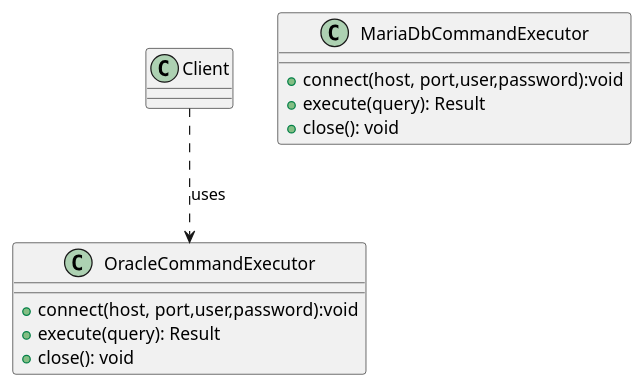
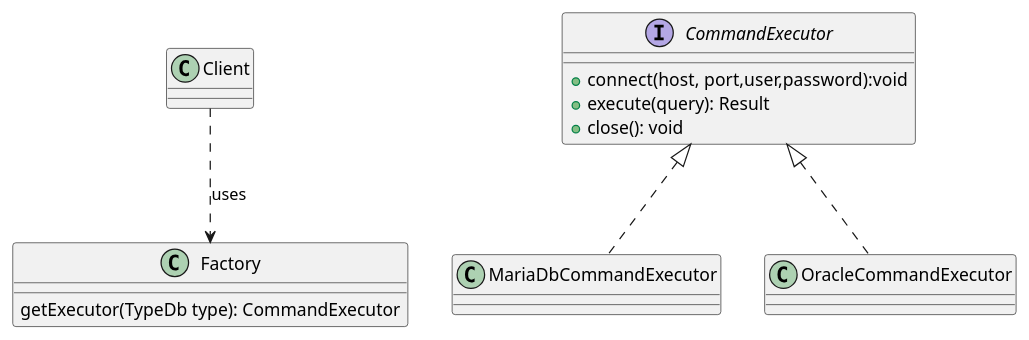
The diagram in src/uml/factory.puml (jandry/design-pattern), drawn with PlantUML before and after one commit.

Commit message:
Add uml factory

```diff
--- a/src/uml/factory.puml
+++ b/src/uml/factory.puml
@@ -1,17 +1,19 @@
 @startuml Factory
 class Client
-class MariaDbCommandExecutor {
+interface CommandExecutor {
      + connect(host, port,user,password):void  
      + execute(query): Result  
      + close(): void
 }
-class OracleCommandExecutor {
-     + connect(host, port,user,password):void  
-     + execute(query): Result  
-     + close(): void
+class MariaDbCommandExecutor
+class OracleCommandExecutor
+class Factory {
+     getExecutor(TypeDb type): CommandExecutor
 }
 
+CommandExecutor <|.. MariaDbCommandExecutor
+CommandExecutor <|..OracleCommandExecutor
 
-Client ..> OracleCommandExecutor : uses
+Client ..> Factory : uses
 
 @enduml
```
